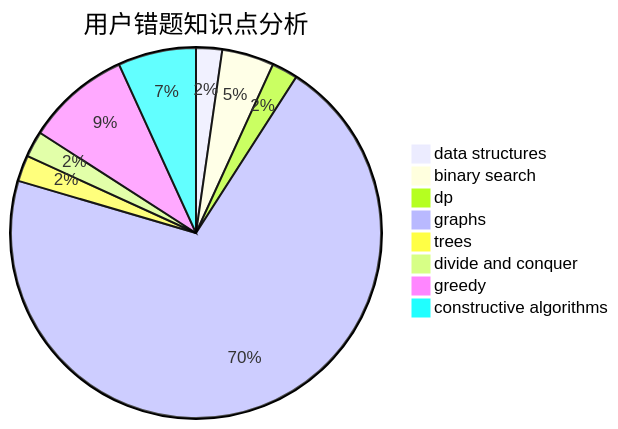
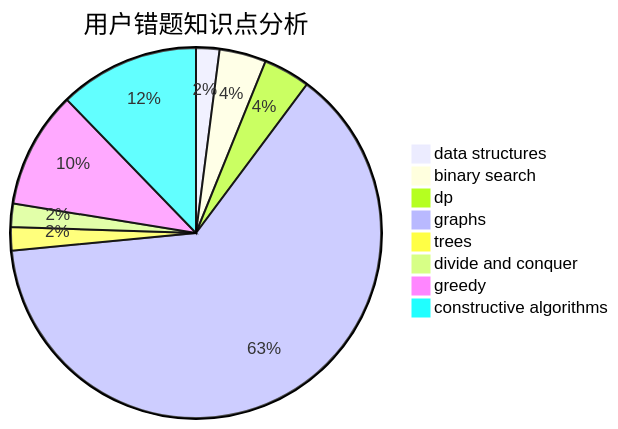
The third of 3 diagrams in docs/user/u2610.md (sherpahu/cfrs.github.io), drawn with Mermaid before and after one commit. The commit also changed other lines of this file and 2770 other files, not shown here.

````diff
--- a/docs/user/u2610.md
+++ b/docs/user/u2610.md
@@ -36,11 +36,11 @@
 ```mermaid
 pie title 用户错题知识点分析
     "data structures" :  1
     "binary search" :  2
-    "dp" :  1
+    "dp" :  2
     "graphs" :  31
     "trees" :  1
     "divide and conquer" :  1
-    "greedy" :  4
-    "constructive algorithms" :  3
+    "greedy" :  5
+    "constructive algorithms" :  6
 ```
````
